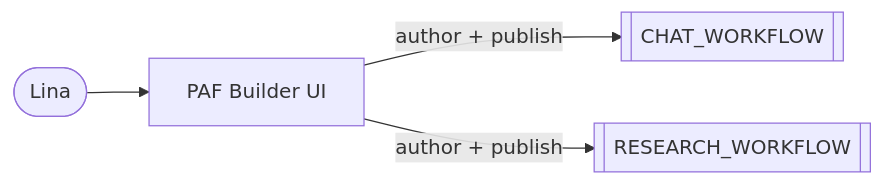
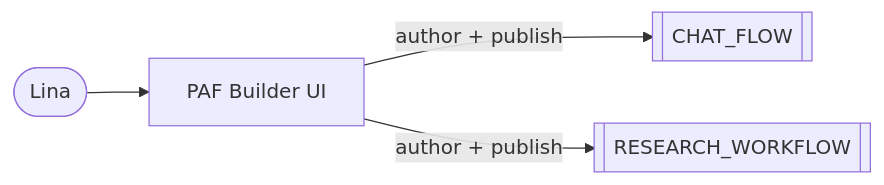
One commit to vmleon/oracle-database-private-agent-factory-poc changed the first of 5 diagrams in README.md. Above: the diagram before and after it, drawn with Mermaid. The commit also changed other lines of this file and 20 other files, not shown here.

Commit message:
docs(flow): describe CHAT_FLOW as a manager with sub-agents

````diff
--- a/README.md
+++ b/README.md
@@ -33,10 +33,10 @@
 ```mermaid
 flowchart LR
     lina(["Lina"])
     pafui["PAF Builder UI"]
-    chat[["CHAT_WORKFLOW"]]
+    chat[["CHAT_FLOW"]]
     research[["RESEARCH_WORKFLOW"]]
     lina --> pafui
     pafui -->|"author + publish"| chat
     pafui -->|"author + publish"| research
 ```
````
